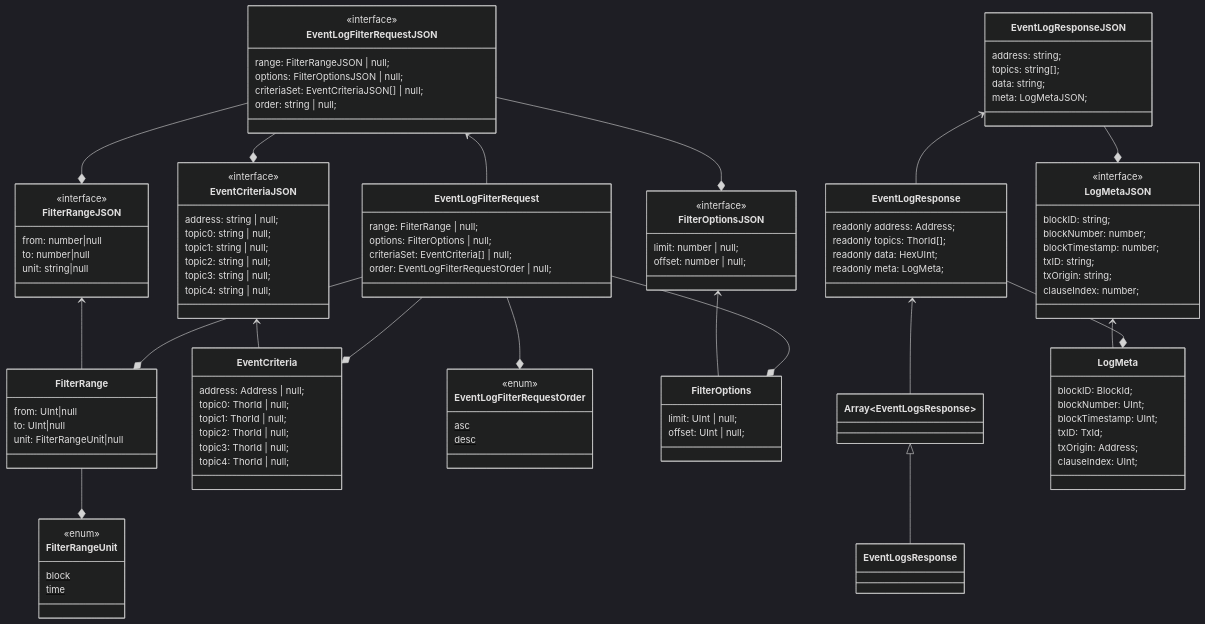
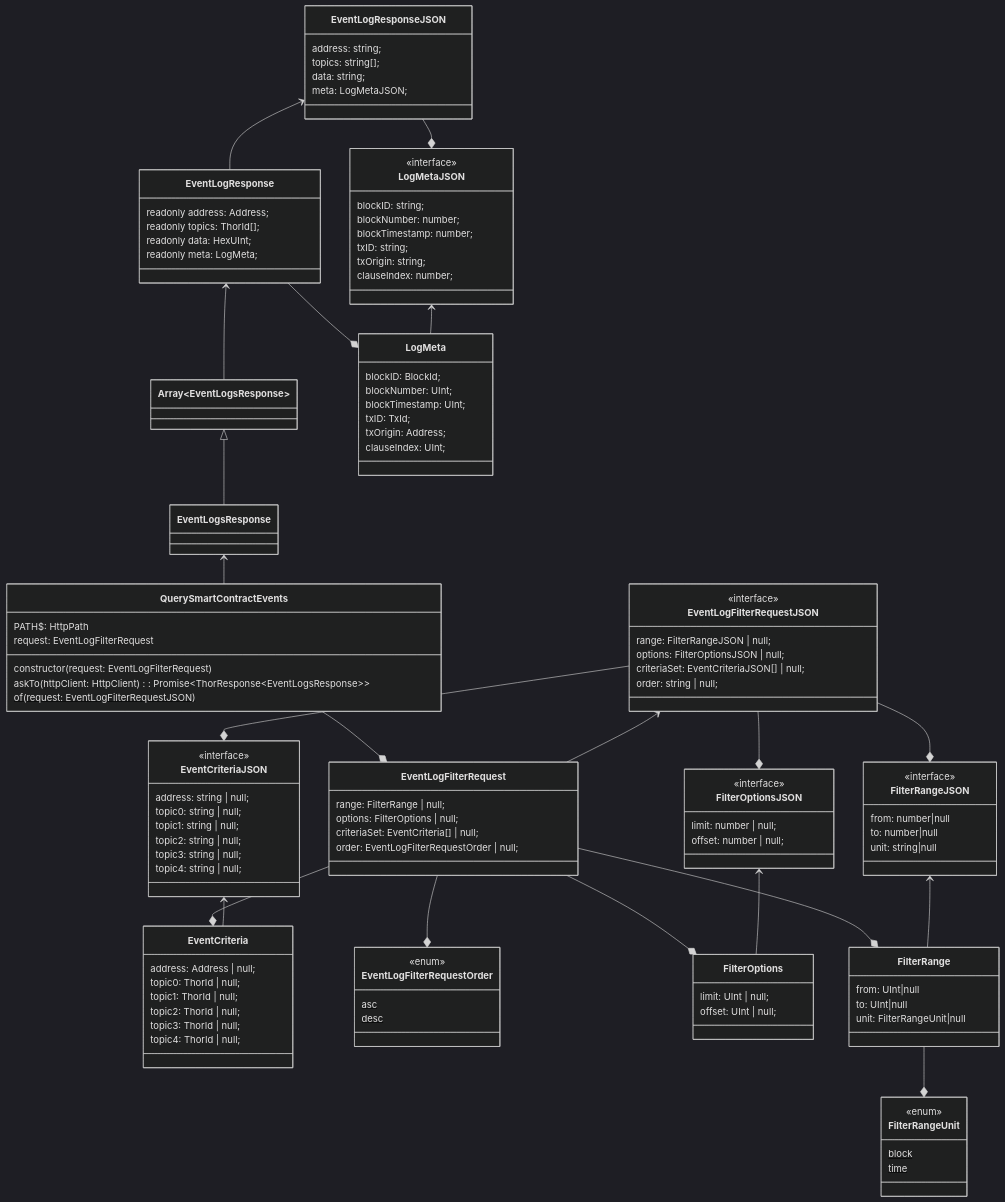
One commit to vechain/vechain-sdk-js changed the diagram in docs/diagrams/v2/network/thor/logs/logs.md. Above: the diagram before and after it, drawn with Mermaid (dark theme).

Commit message:
feat: 1484 logs in dev...

````diff
--- a/docs/diagrams/v2/network/thor/logs/logs.md
+++ b/docs/diagrams/v2/network/thor/logs/logs.md
@@ -93,11 +93,19 @@
         txOrigin: string;
         clauseIndex: number;
     }
+    class QuerySmartContractEvents {
+        PATH$: HttpPath
+        request: EventLogFilterRequest
+        constructor(request: EventLogFilterRequest)
+        askTo(httpClient: HttpClient): Promise~ThorResponse~EventLogsResponse~~
+        of(request: EventLogFilterRequestJSON)$
+    }
     Array~EventLogResponse~ <|-- EventLogsResponse
     EventCriteriaJSON <-- EventCriteria
     EventLogFilterRequestJSON <-- EventLogFilterRequest
     EventLogResponse <-- Array~EventLogResponse~ 
     EventLogResponseJSON <-- EventLogResponse
+    EventLogsResponse <-- QuerySmartContractEvents
     FilterOptionsJSON <-- FilterOptions
     FilterRangeJSON <-- FilterRange
     LogMetaJSON <-- LogMeta
@@ -111,4 +119,5 @@
     EventLogResponse --* LogMeta
     EventLogResponseJSON --* LogMetaJSON
     FilterRange --* FilterRangeUnit
+    QuerySmartContractEvents --* EventLogFilterRequest
 ```
````
